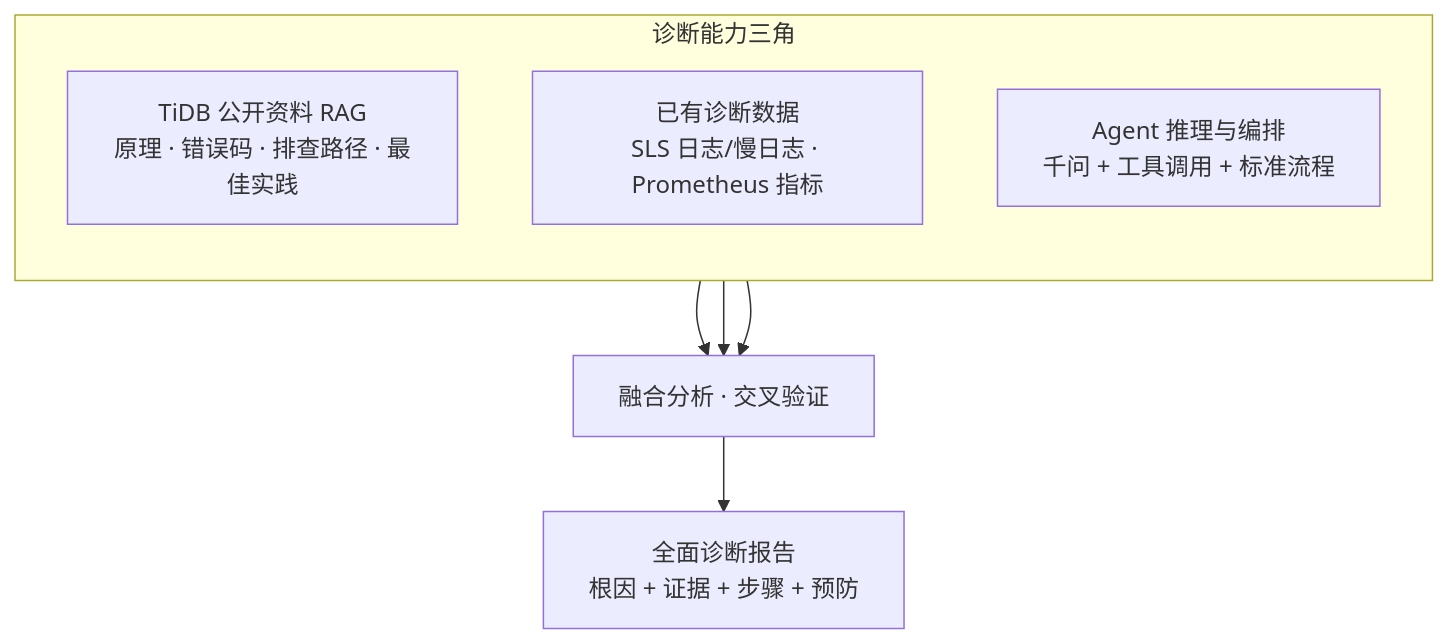
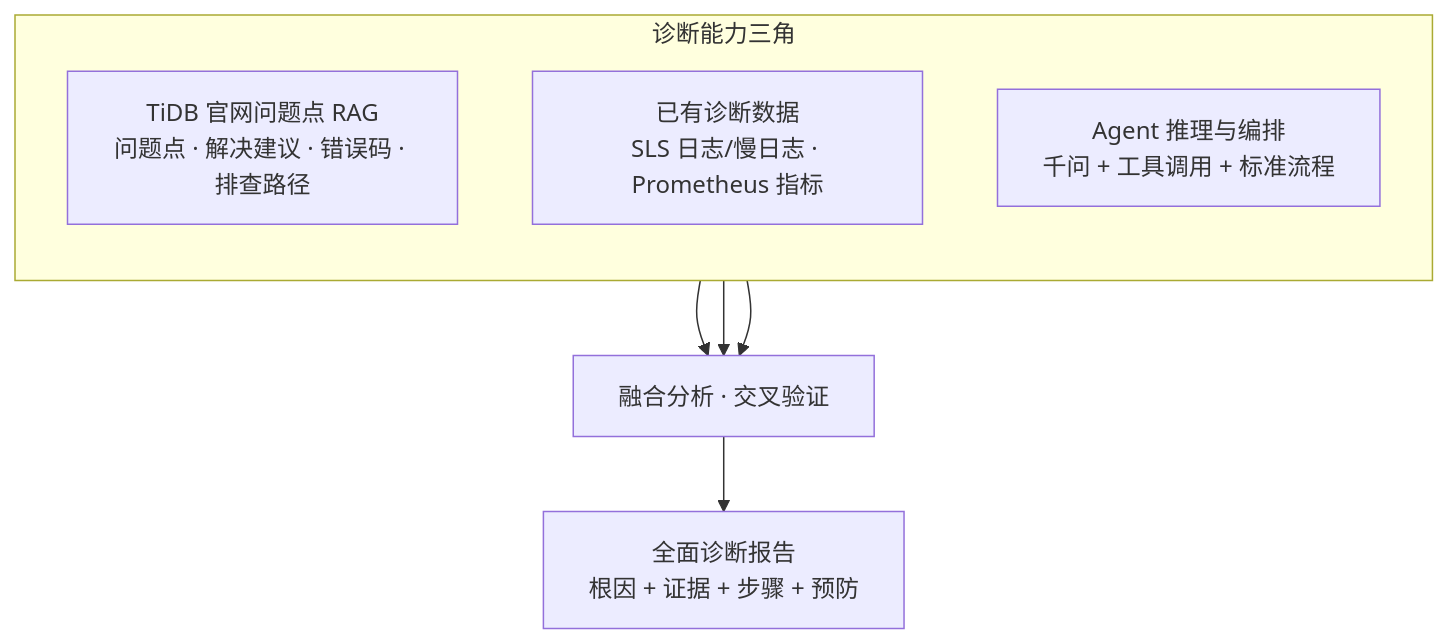
Before and after one commit to yangzhengjie/tidb-diag: the first of 2 diagrams in docs/tidb-diag-agent-requirements.md, drawn with Mermaid. The commit also changed other lines of this file and 1 other file, not shown here.

First line of the commit message:
docs: 同步官网问题点闭环与 Prompt/RAG 设计

````diff
--- a/docs/tidb-diag-agent-requirements.md
+++ b/docs/tidb-diag-agent-requirements.md
@@ -44,14 +46,14 @@
 ```mermaid
 flowchart TB
     subgraph Triangle["诊断能力三角"]
         direction TB
-        KB["TiDB 公开资料 RAG<br/>原理 · 错误码 · 排查路径 · 最佳实践"]
+        KB["TiDB 官网问题点 RAG<br/>问题点 · 解决建议 · 错误码 · 排查路径"]
         Live["已有诊断数据<br/>SLS 日志/慢日志 · Prometheus 指标"]
         Agent["Agent 推理与编排<br/>千问 + 工具调用 + 标准流程"]
     end
 
     KB --> Fusion["融合分析 · 交叉验证"]
     Live --> Fusion
     Agent --> Fusion
     Fusion --> Report["全面诊断报告<br/>根因 + 证据 + 步骤 + 预防"]
 ```
````
